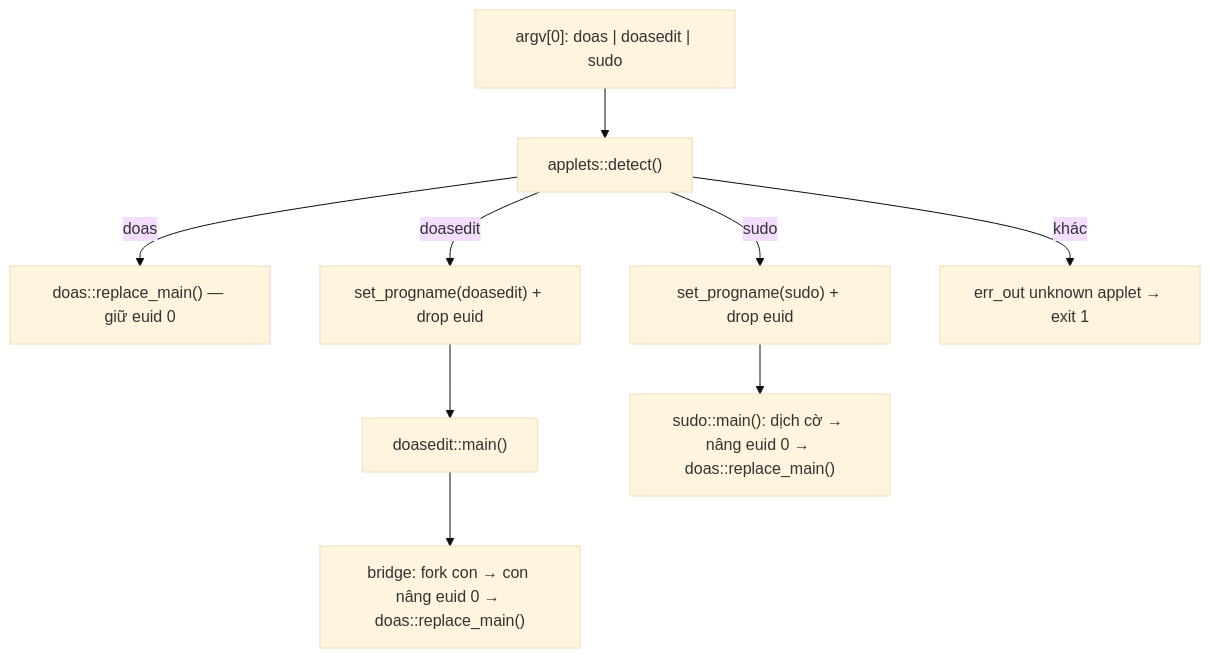
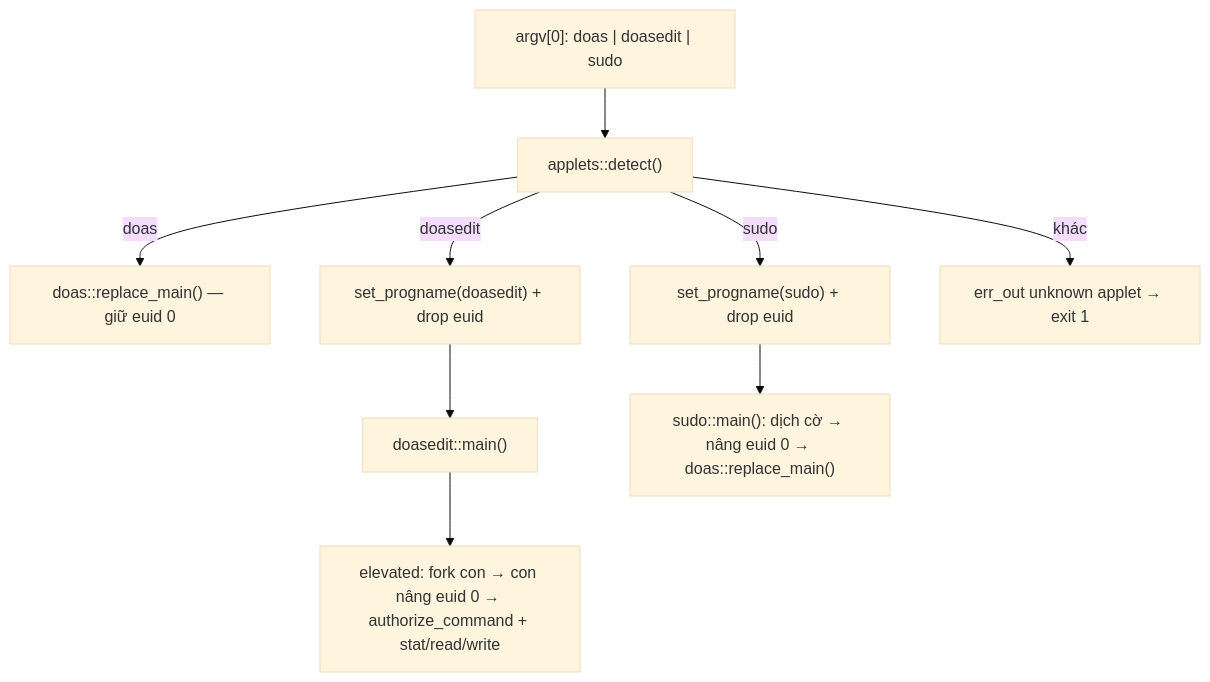
The first of 4 diagrams in architecture.md (nhktmdzhg/opendoas-cpp), drawn with Mermaid (base theme) before and after one commit. The commit also changed other lines of this file and 26 other files, not shown here.

Commit message:
refactor(doasedit): authenticate before the editor and run stat/read/write natively through doas authorize (no cat/dd/test/stat, in-process config validation, memfd comparison copy)

````diff
--- a/architecture.md
+++ b/architecture.md
@@ -86,11 +87,11 @@
 ```mermaid
 flowchart TD
     A["argv[0]: doas | doasedit | sudo"] --> B["applets::detect()"]
     B -->|doas| C["doas::replace_main() — giữ euid 0"]
     B -->|doasedit| D["set_progname(doasedit) + drop euid"]
     B -->|sudo| E["set_progname(sudo) + drop euid"]
     B -->|khác| F["err_out unknown applet → exit 1"]
     D --> G["doasedit::main()"]
     E --> H["sudo::main(): dịch cờ → nâng euid 0 → doas::replace_main()"]
-    G --> I["bridge: fork con → con nâng euid 0 → doas::replace_main()"]
+    G --> I["elevated: fork con → con nâng euid 0 → authorize_command + stat/read/write"]
 ```
````
